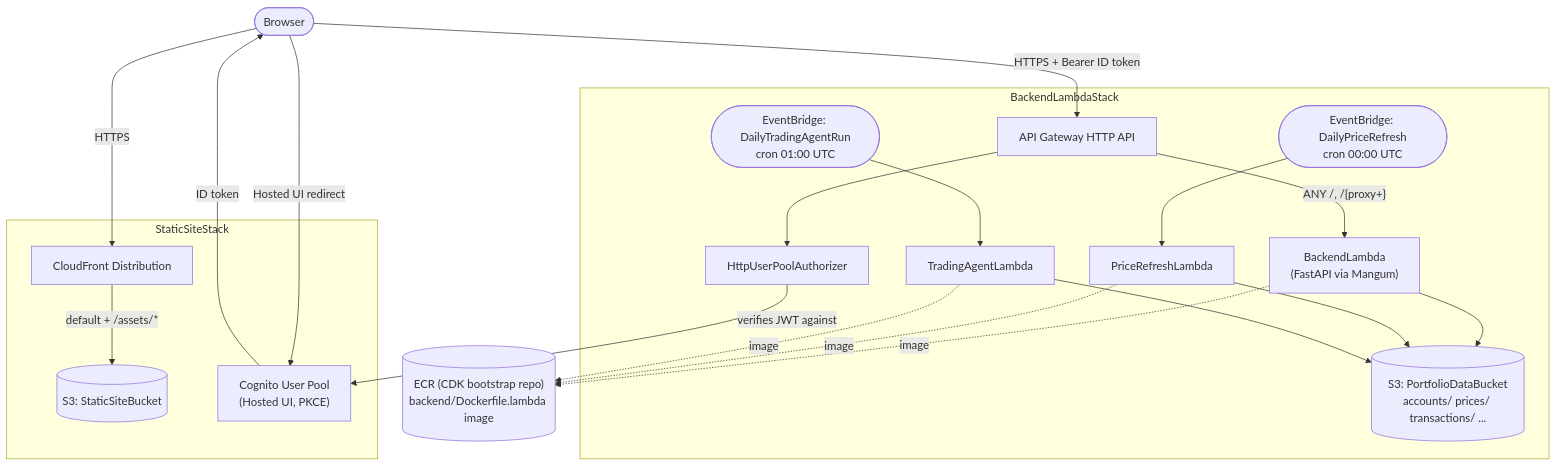
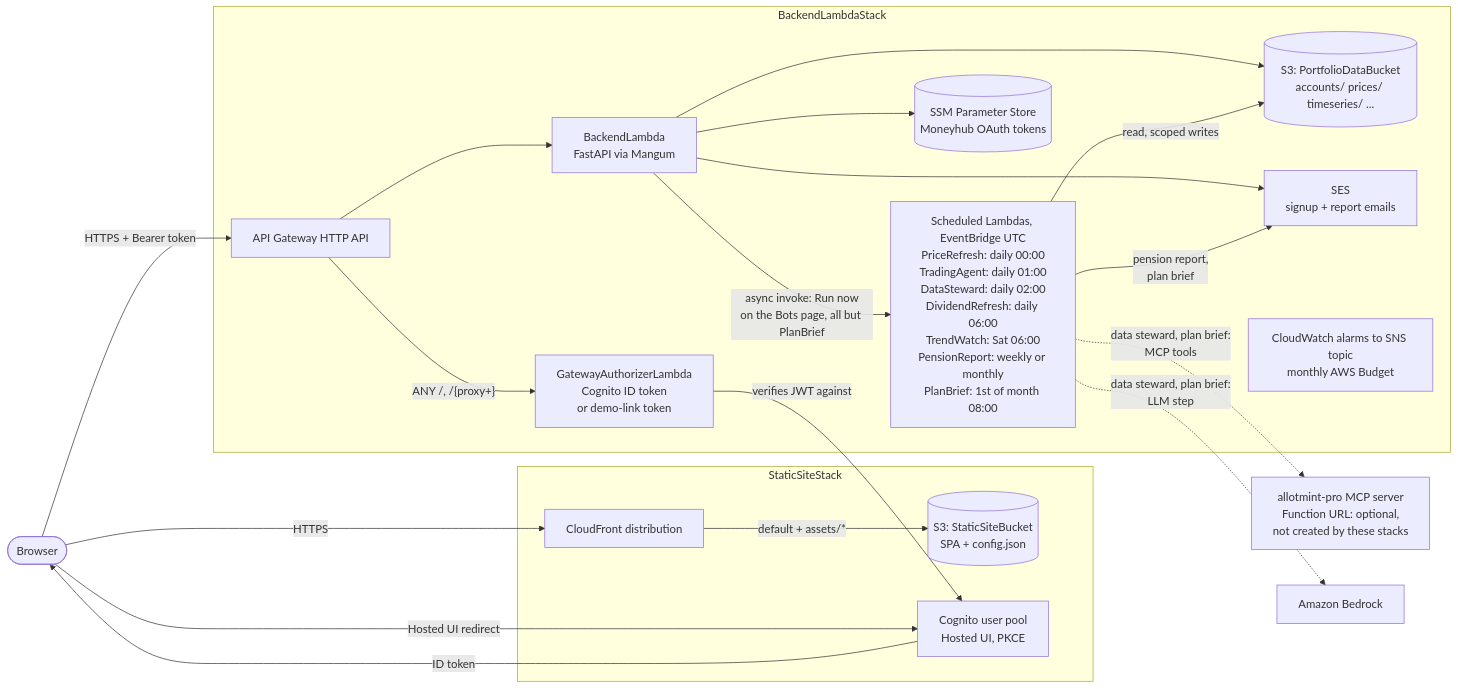
Before and after one commit to leonarduk/allotmint: the third of 4 diagrams in README.md, drawn with Mermaid. The commit also changed other lines of this file and 22 other files, not shown here.

First line of the commit message:
docs(readme): system-overview and agent-workflow diagrams; refresh AWS diagrams and open-core table (#10648)

````diff
--- a/README.md
+++ b/README.md
@@ -52,40 +178,41 @@
 ```mermaid
-flowchart TD
+flowchart LR
     Browser(["Browser"])
 
     subgraph StaticSiteStack["StaticSiteStack"]
-        CF["CloudFront Distribution"]
-        S3Static[("S3: StaticSiteBucket")]
-        Cognito["Cognito User Pool\n(Hosted UI, PKCE)"]
+        CF["CloudFront distribution"]
+        S3Static[("S3: StaticSiteBucket<br/>SPA + config.json")]
+        Cognito["Cognito user pool<br/>Hosted UI, PKCE"]
     end
 
     subgraph BackendLambdaStack["BackendLambdaStack"]
         APIGW["API Gateway HTTP API"]
-        Authorizer["HttpUserPoolAuthorizer"]
-        Lambda["BackendLambda\n(FastAPI via Mangum)"]
-        S3Data[("S3: PortfolioDataBucket\naccounts/ prices/ transactions/ ...")]
-        PriceLambda["PriceRefreshLambda"]
-        TradingLambda["TradingAgentLambda"]
-        RuleA(["EventBridge: DailyPriceRefresh\ncron 00:00 UTC"])
-        RuleB(["EventBridge: DailyTradingAgentRun\ncron 01:00 UTC"])
+        Authorizer["GatewayAuthorizerLambda<br/>Cognito ID token<br/>or demo-link token"]
+        Lambda["BackendLambda<br/>FastAPI via Mangum"]
+        Scheduled["Scheduled Lambdas, EventBridge UTC<br/>PriceRefresh: daily 00:00<br/>TradingAgent: daily 01:00<br/>DataSteward: daily 02:00<br/>DividendRefresh: daily 06:00<br/>TrendWatch: Sat 06:00<br/>PensionReport: weekly or monthly<br/>PlanBrief: 1st of month 08:00"]
+        S3Data[("S3: PortfolioDataBucket<br/>accounts/ prices/ timeseries/ ...")]
+        SSM[("SSM Parameter Store<br/>Moneyhub OAuth tokens")]
+        SES["SES<br/>signup + report emails"]
+        Ops["CloudWatch alarms to SNS topic<br/>monthly AWS Budget"]
     end
 
-    ECR[("ECR (CDK bootstrap repo)\nbackend/Dockerfile.lambda image")]
+    McpExt["allotmint-pro MCP server<br/>Function URL: optional,<br/>not created by these stacks"]
+    Bedrock["Amazon Bedrock"]
 
     Browser -- "HTTPS" --> CF
-    CF -- "default + /assets/*" --> S3Static
+    CF -- "default + assets/*" --> S3Static
     Browser -- "Hosted UI redirect" --> Cognito
     Cognito -- "ID token" --> Browser
-    Browser -- "HTTPS + Bearer ID token" --> APIGW
-    APIGW --> Authorizer
+    Browser -- "HTTPS + Bearer token" --> APIGW
+    APIGW -- "ANY /, /{proxy+}" --> Authorizer
     Authorizer -- "verifies JWT against" --> Cognito
-    APIGW -- "ANY /, /{proxy+}" --> Lambda
+    APIGW --> Lambda
     Lambda --> S3Data
-    RuleA --> PriceLambda
-    RuleB --> TradingLambda
-    PriceLambda --> S3Data
-    TradingLambda --> S3Data
-    Lambda -.image.-> ECR
-    PriceLambda -.image.-> ECR
-    TradingLambda -.image.-> ECR
+    Lambda --> SSM
+    Lambda --> SES
+    Lambda -- "async invoke: Run now<br/>on the Bots page, all but PlanBrief" --> Scheduled
+    Scheduled -- "read, scoped writes" --> S3Data
+    Scheduled -- "pension report,<br/>plan brief" --> SES
+    Scheduled -. "data steward, plan brief:<br/>MCP tools" .-> McpExt
+    Scheduled -. "data steward, plan brief:<br/>LLM step" .-> Bedrock
 ```
````
